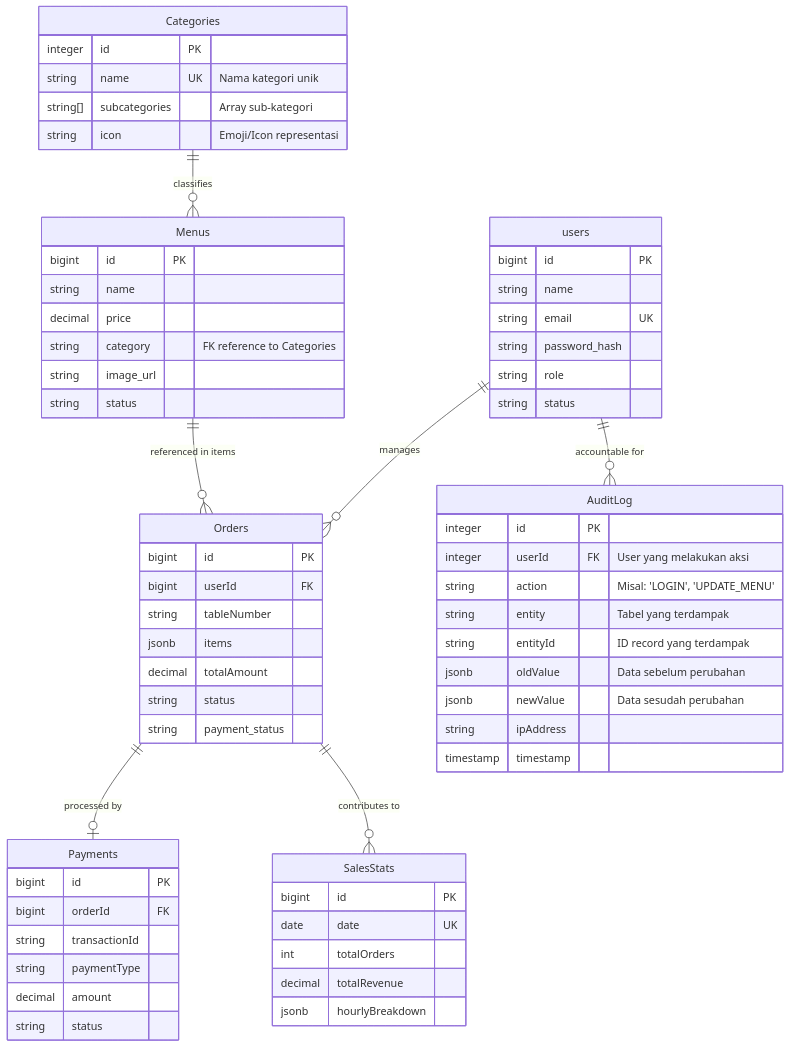
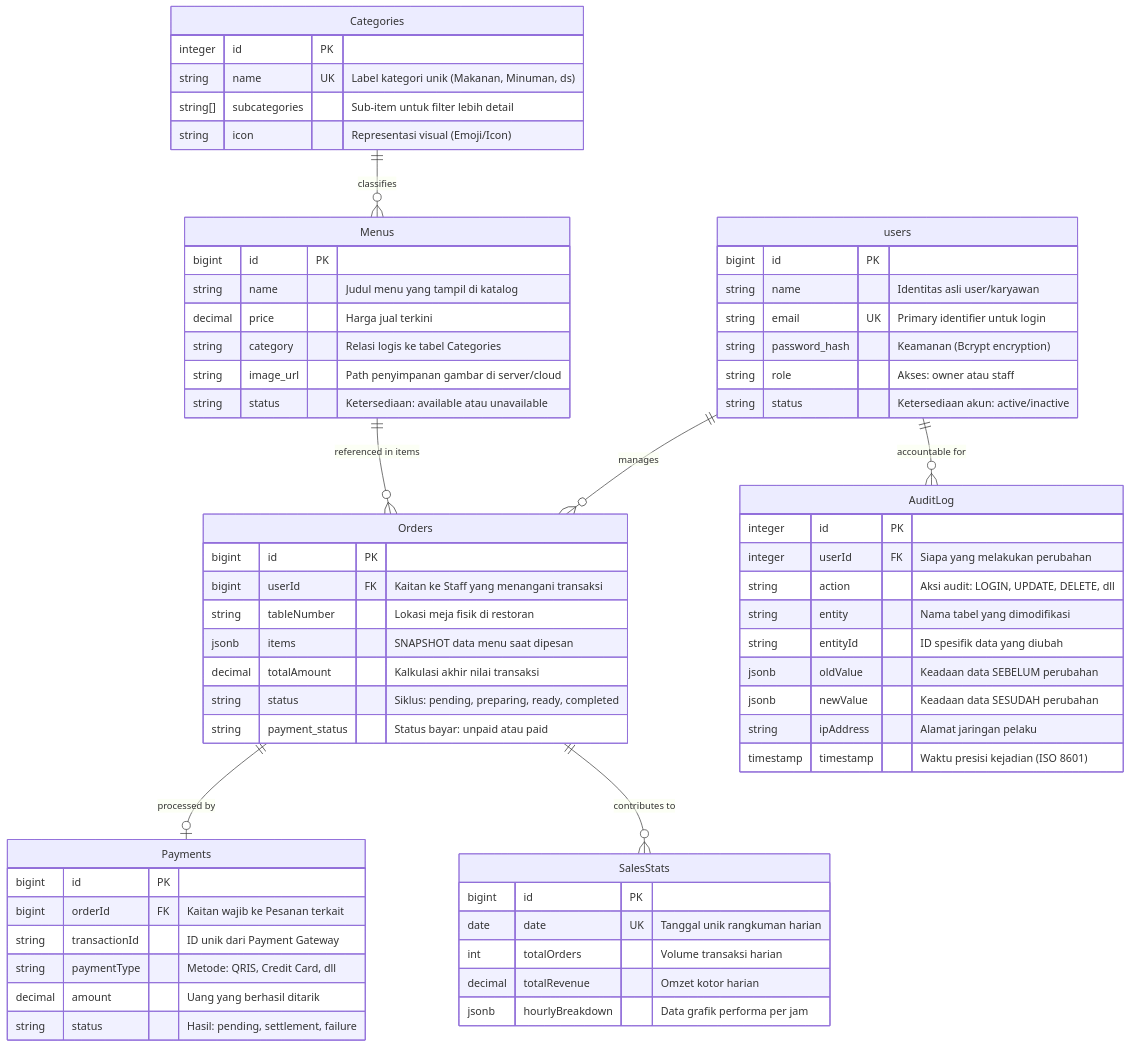
One commit to ArgaFd/backend_restaurant changed the third of 13 diagrams in README.md. Above: the diagram before and after it, drawn with Mermaid. The commit also changed other lines of this file, not shown here.

Commit message:
Docs: Complete extensive ERD documentation expansion for technical audience

````diff
--- a/README.md
+++ b/README.md
@@ -119,73 +119,73 @@
 ```mermaid
 erDiagram
     users ||--o{ Orders : "manages"
     users ||--o{ AuditLog : "accountable for"
     Categories ||--o{ Menus : "classifies"
     Menus ||--o{ Orders : "referenced in items"
     Orders ||--o| Payments : "processed by"
     Orders ||--o{ SalesStats : "contributes to"
 
     users {
         bigint id PK
-        string name
-        string email UK
-        string password_hash
-        string role
-        string status
+        string name "Identitas asli user/karyawan"
+        string email UK "Primary identifier untuk login"
+        string password_hash "Keamanan (Bcrypt encryption)"
+        string role "Akses: owner atau staff"
+        string status "Ketersediaan akun: active/inactive"
     }
 
     Categories {
         integer id PK
-        string name UK "Nama kategori unik"
-        string[] subcategories "Array sub-kategori"
-        string icon "Emoji/Icon representasi"
+        string name UK "Label kategori unik (Makanan, Minuman, ds)"
+        string[] subcategories "Sub-item untuk filter lebih detail"
+        string icon "Representasi visual (Emoji/Icon)"
     }
 
     Menus {
         bigint id PK
-        string name
-        decimal price
-        string category "FK reference to Categories"
-        string image_url
-        string status
+        string name "Judul menu yang tampil di katalog"
+        decimal price "Harga jual terkini"
+        string category "Relasi logis ke tabel Categories"
+        string image_url "Path penyimpanan gambar di server/cloud"
+        string status "Ketersediaan: available atau unavailable"
     }
 
     Orders {
         bigint id PK
-        bigint userId FK
-        string tableNumber
-        jsonb items
-        decimal totalAmount
-        string status
-        string payment_status
+        bigint userId FK "Kaitan ke Staff yang menangani transaksi"
+        string tableNumber "Lokasi meja fisik di restoran"
+        jsonb items "SNAPSHOT data menu saat dipesan"
+        decimal totalAmount "Kalkulasi akhir nilai transaksi"
+        string status "Siklus: pending, preparing, ready, completed"
+        string payment_status "Status bayar: unpaid atau paid"
     }
 
     Payments {
         bigint id PK
-        bigint orderId FK
-        string transactionId
-        string paymentType
-        decimal amount
-        string status
+        bigint orderId FK "Kaitan wajib ke Pesanan terkait"
+        string transactionId "ID unik dari Payment Gateway"
+        string paymentType "Metode: QRIS, Credit Card, dll"
+        decimal amount "Uang yang berhasil ditarik"
+        string status "Hasil: pending, settlement, failure"
     }
 
     SalesStats {
         bigint id PK
-        date date UK
-        int totalOrders
-        decimal totalRevenue
-        jsonb hourlyBreakdown
+        date date UK "Tanggal unik rangkuman harian"
+        int totalOrders "Volume transaksi harian"
+        decimal totalRevenue "Omzet kotor harian"
+        jsonb hourlyBreakdown "Data grafik performa per jam"
     }
 
     AuditLog {
         integer id PK
-        integer userId FK "User yang melakukan aksi"
-        string action "Misal: 'LOGIN', 'UPDATE_MENU'"
-        string entity "Tabel yang terdampak"
-        string entityId "ID record yang terdampak"
-        jsonb oldValue "Data sebelum perubahan"
-        jsonb newValue "Data sesudah perubahan"
-        string ipAddress
-        timestamp timestamp
+        integer userId FK "Siapa yang melakukan perubahan"
+        string action "Aksi audit: LOGIN, UPDATE, DELETE, dll"
+        string entity "Nama tabel yang dimodifikasi"
+        string entityId "ID spesifik data yang diubah"
+        jsonb oldValue "Keadaan data SEBELUM perubahan"
+        jsonb newValue "Keadaan data SESUDAH perubahan"
+        string ipAddress "Alamat jaringan pelaku"
+        timestamp timestamp "Waktu presisi kejadian (ISO 8601)"
     }
 ```
````
